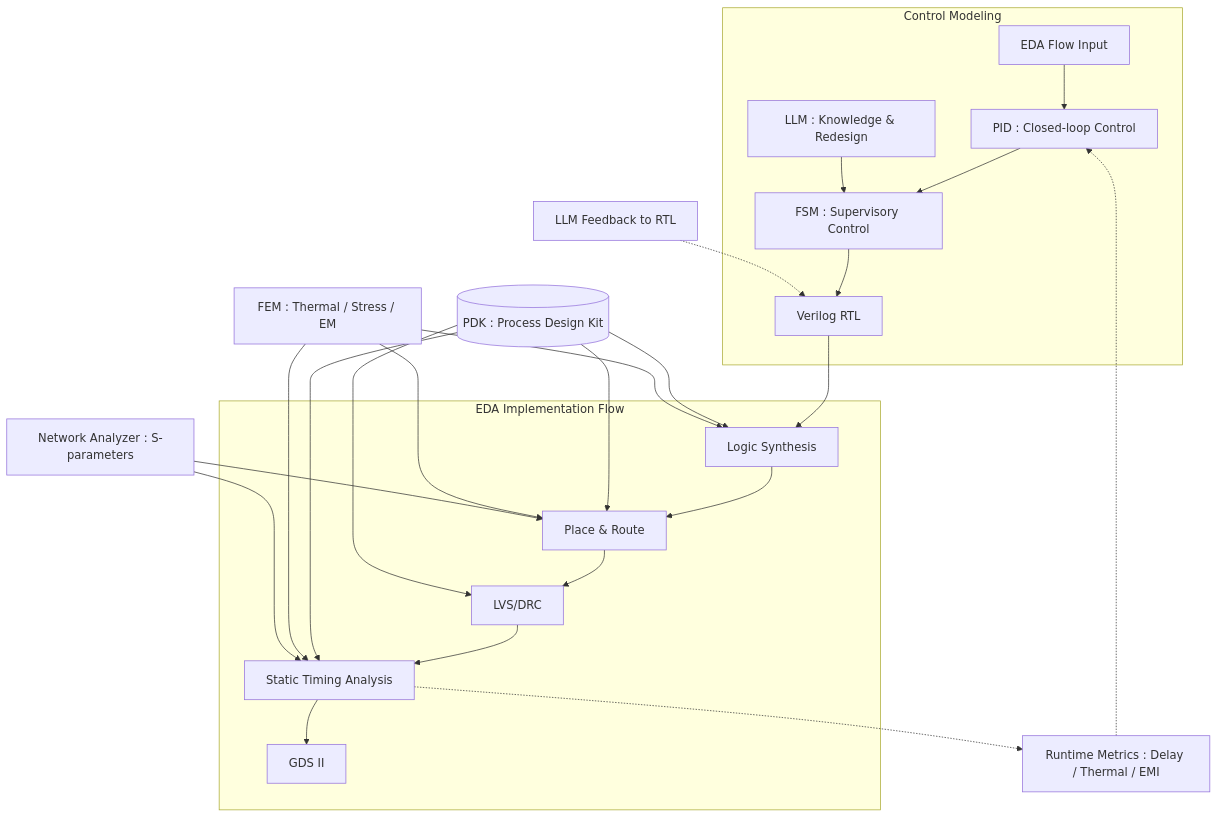
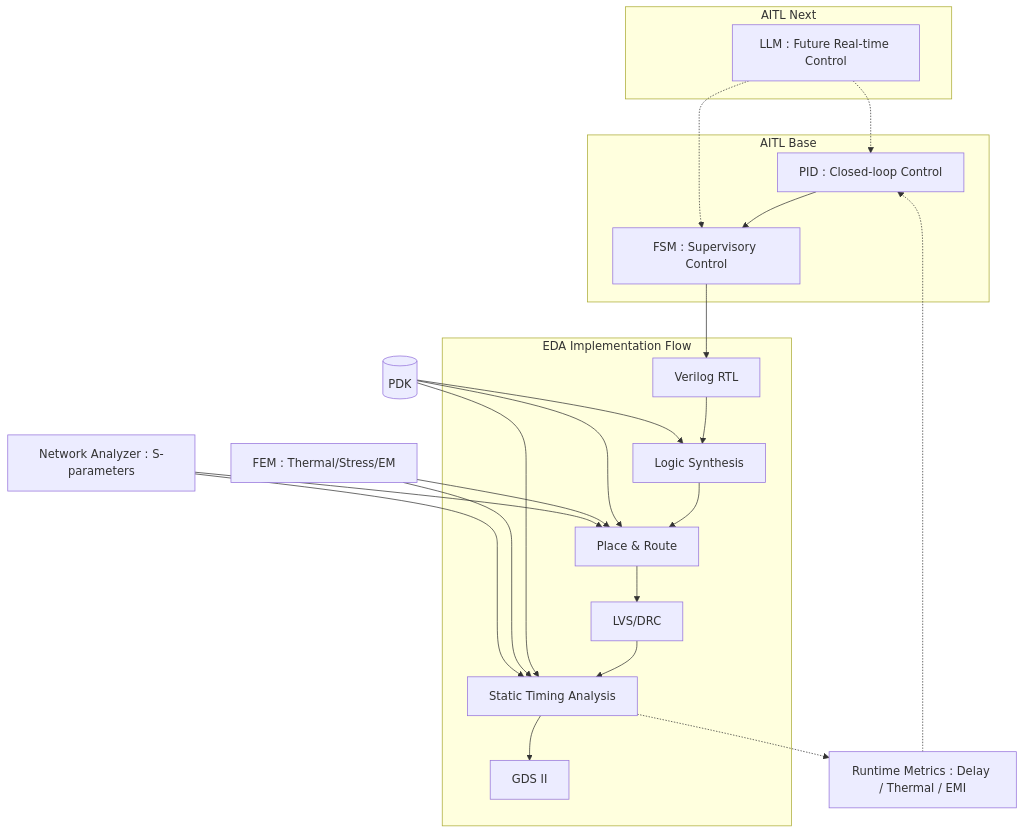
Before and after one commit to Samizo-AITL/Edusemi-v4x: the diagram in f_chapter6_research/index.md, drawn with Mermaid. The commit also changed other lines of this file, not shown here.

````diff
--- a/f_chapter6_research/index.md
+++ b/f_chapter6_research/index.md
@@ -68,35 +56,32 @@
 ```mermaid
 flowchart TB
-    subgraph Modeling [Control Modeling]
-        A[EDA Flow Input] --> B[PID : Closed-loop Control]
-        B --> C[FSM : Supervisory Control]
-        F[LLM : Knowledge & Redesign] --> C
-        C --> RTL[Verilog RTL]
+    subgraph Base [AITL Base]
+        B[PID : Closed-loop Control] --> C[FSM : Supervisory Control]
     end
+    C --> RTL[Verilog RTL]
 
     subgraph EDA [EDA Implementation Flow]
         RTL --> Synth[Logic Synthesis]
         Synth --> PnR[Place & Route]
         PnR --> LVS[LVS/DRC]
         LVS --> STA[Static Timing Analysis]
         STA --> GDS[GDS II]
     end
 
-    %% Feedback loop via Metrics
     STA -.-> M[Runtime Metrics : Delay / Thermal / EMI]
     M -.-> B
-    LLM_FEED[LLM Feedback to RTL] -.-> RTL
 
-    %% PDK supports downstream
-    PDK[(PDK : Process Design Kit)] --> Synth
+    subgraph Next [AITL Next]
+        LLM[LLM : Future Real-time Control] -.-> B
+        LLM -.-> C
+    end
+
+    %% PDK & Physical Feedback
+    PDK[(PDK)] --> Synth
     PDK --> PnR
-    PDK --> LVS
     PDK --> STA
-
-    %% FEM + Network Analyzer
-    FEM[FEM : Thermal / Stress / EM] --> Synth
-    FEM --> PnR
+    FEM[FEM : Thermal/Stress/EM] --> PnR
     FEM --> STA
     NA[Network Analyzer : S-parameters] --> PnR
     NA --> STA
 ```
````
